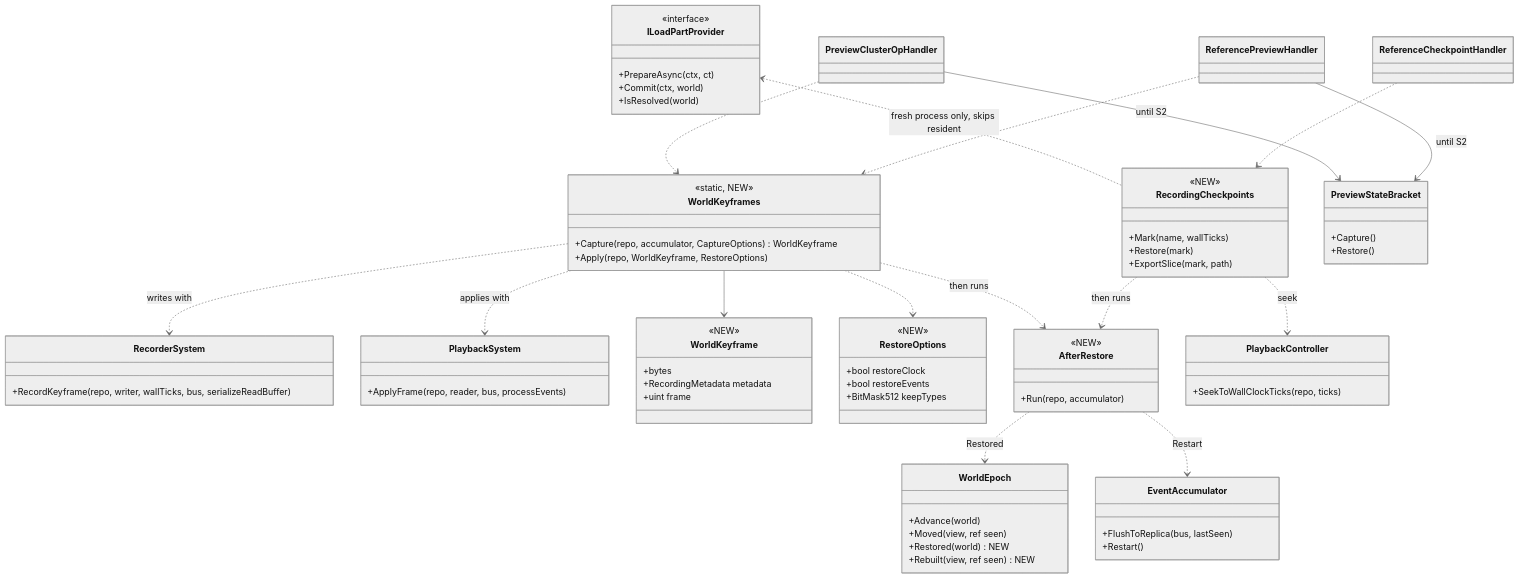
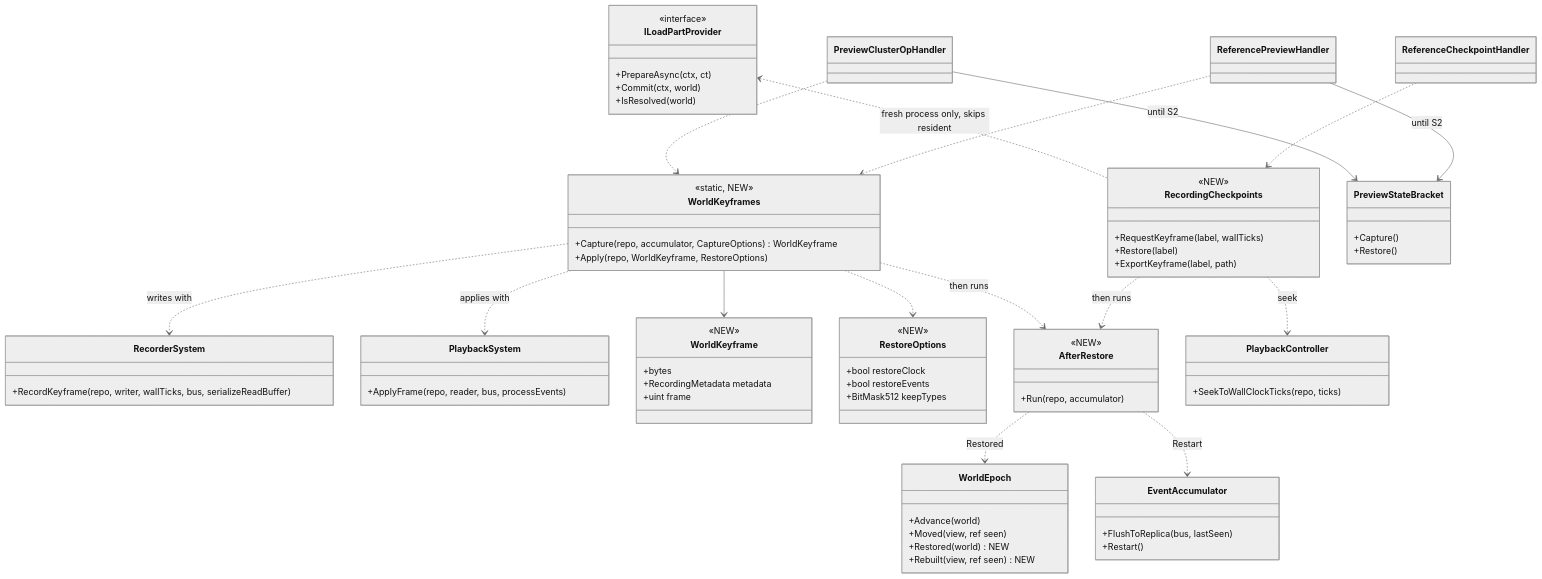
Before and after one commit to pjanec/HROT: the second of 3 diagrams in docs/DESIGN_Checkpoint_And_Dry_Run_Restore.md, drawn with Mermaid (neutral theme). The commit also changed other lines of this file and 2 other files, not shown here.

First line of the commit message:
R-3044: a checkpoint is a named keyframe the flight recorder writes on request; a restore seeks straight to it

````diff
--- a/docs/DESIGN_Checkpoint_And_Dry_Run_Restore.md
+++ b/docs/DESIGN_Checkpoint_And_Dry_Run_Restore.md
@@ -86,77 +98,77 @@
 ```mermaid
 classDiagram
   class RecorderSystem {
     +RecordKeyframe(repo, writer, wallTicks, bus, serializeReadBuffer)
   }
   class PlaybackSystem {
     +ApplyFrame(repo, reader, bus, processEvents)
   }
   class EventAccumulator {
     +FlushToReplica(bus, lastSeen)
     +Restart()
   }
   class WorldKeyframes {
     <<static, NEW>>
     +Capture(repo, accumulator, CaptureOptions) WorldKeyframe
     +Apply(repo, WorldKeyframe, RestoreOptions)
   }
   class WorldKeyframe {
     <<NEW>>
     +bytes
     +RecordingMetadata metadata
     +uint frame
   }
   class RestoreOptions {
     <<NEW>>
     +bool restoreClock
     +bool restoreEvents
     +BitMask512 keepTypes
   }
   class AfterRestore {
     <<NEW>>
     +Run(repo, accumulator)
   }
   class RecordingCheckpoints {
     <<NEW>>
-    +Mark(name, wallTicks)
-    +Restore(mark)
-    +ExportSlice(mark, path)
+    +RequestKeyframe(label, wallTicks)
+    +Restore(label)
+    +ExportKeyframe(label, path)
   }
   class PlaybackController {
     +SeekToWallClockTicks(repo, ticks)
   }
   class ILoadPartProvider {
     <<interface>>
     +PrepareAsync(ctx, ct)
     +Commit(ctx, world)
     +IsResolved(world)
   }
   class PreviewClusterOpHandler
   class ReferencePreviewHandler
   class ReferenceCheckpointHandler
   class PreviewStateBracket {
     +Capture()
     +Restore()
   }
   class WorldEpoch {
     +Advance(world)
     +Moved(view, ref seen)
     +Restored(world) NEW
     +Rebuilt(view, ref seen) NEW
   }
   WorldKeyframes ..> RecorderSystem : writes with
   WorldKeyframes ..> PlaybackSystem : applies with
   WorldKeyframes ..> AfterRestore : then runs
   WorldKeyframes --> WorldKeyframe
   WorldKeyframes ..> RestoreOptions
   AfterRestore ..> WorldEpoch : Restored
   AfterRestore ..> EventAccumulator : Restart
   RecordingCheckpoints ..> PlaybackController : seek
   RecordingCheckpoints ..> AfterRestore : then runs
   ILoadPartProvider <.. RecordingCheckpoints : fresh process only, skips resident
   PreviewClusterOpHandler ..> WorldKeyframes
   ReferencePreviewHandler ..> WorldKeyframes
   ReferenceCheckpointHandler ..> RecordingCheckpoints
   PreviewClusterOpHandler --> PreviewStateBracket : until S2
   ReferencePreviewHandler --> PreviewStateBracket : until S2
 ```
````
